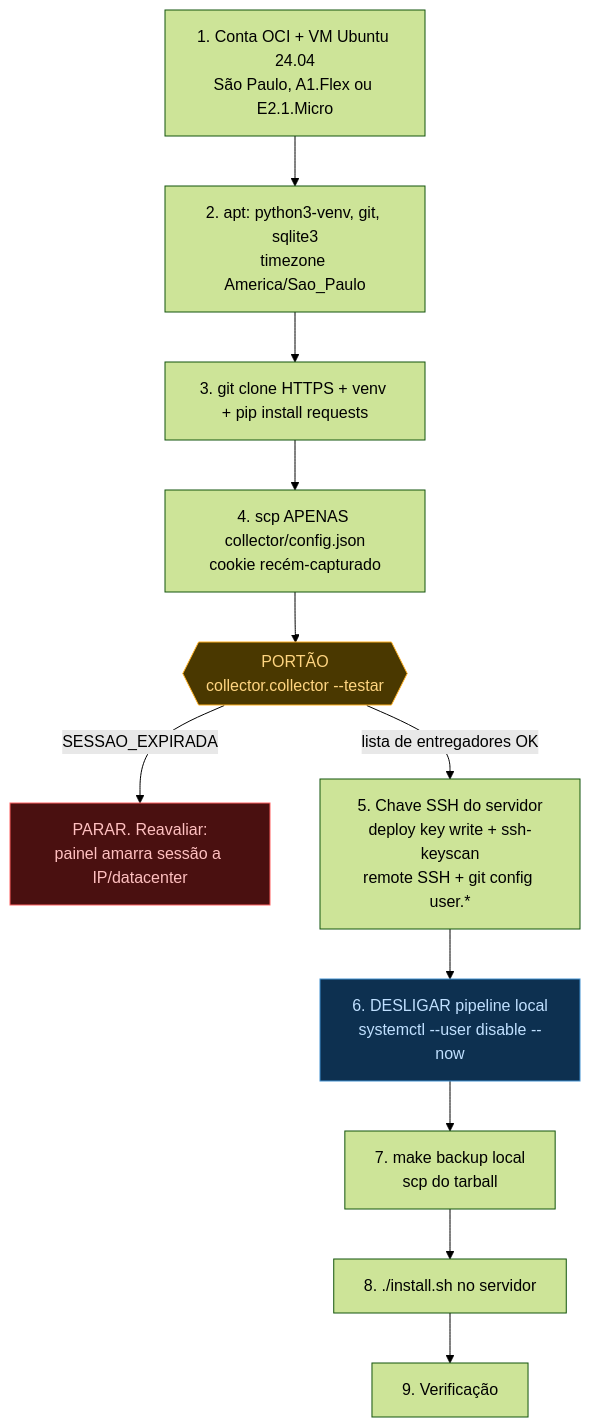
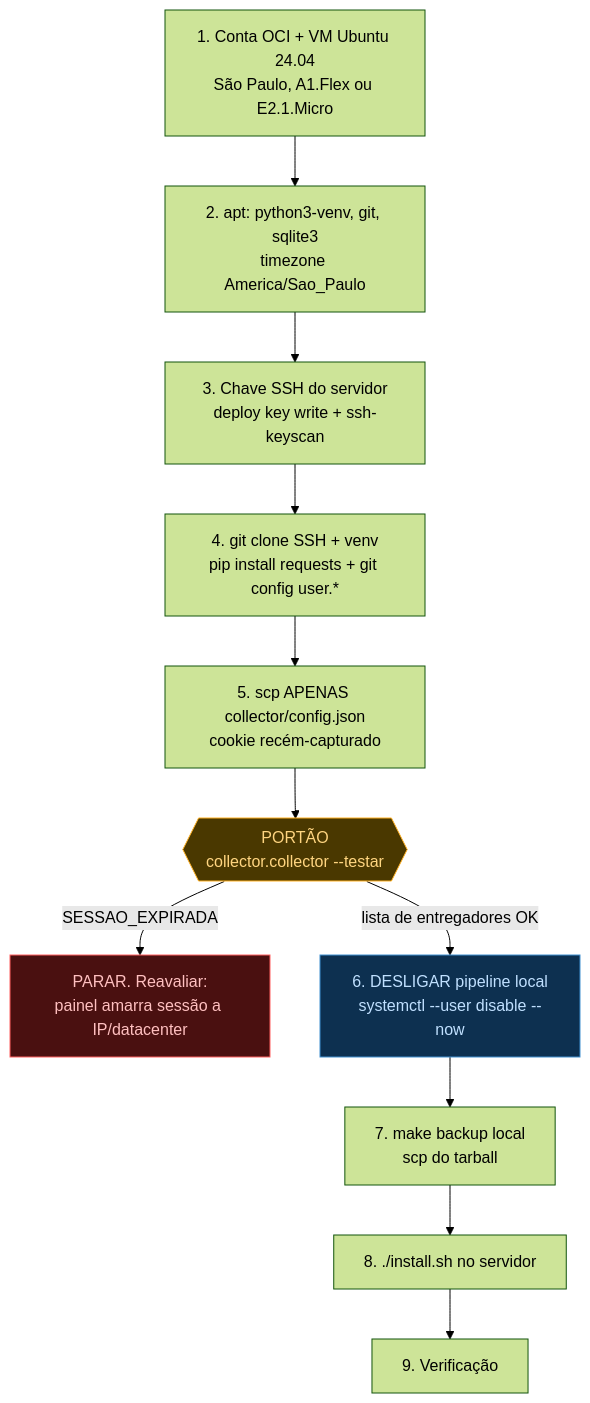
Before and after one commit to PedroGodoy-44/dadosmotoboy: the diagram in docs/MIGRACAO-OCI.md, drawn with Mermaid (forest theme). The commit also changed other lines of this file, not shown here.

````diff
--- a/docs/MIGRACAO-OCI.md
+++ b/docs/MIGRACAO-OCI.md
@@ -26,17 +26,17 @@
 ```mermaid
 flowchart TD
     A[1. Conta OCI + VM Ubuntu 24.04<br/>São Paulo, A1.Flex ou E2.1.Micro] --> B[2. apt: python3-venv, git, sqlite3<br/>timezone America/Sao_Paulo]
-    B --> C[3. git clone HTTPS + venv + pip install requests]
-    C --> D[4. scp APENAS collector/config.json<br/>cookie recém-capturado]
+    B --> E[3. Chave SSH do servidor<br/>deploy key write + ssh-keyscan]
+    E --> C[4. git clone SSH + venv<br/>pip install requests + git config user.*]
+    C --> D[5. scp APENAS collector/config.json<br/>cookie recém-capturado]
     D --> G{{"PORTÃO<br/>collector.collector --testar"}}
     G -->|SESSAO_EXPIRADA| X[PARAR. Reavaliar:<br/>painel amarra sessão a IP/datacenter]
-    G -->|lista de entregadores OK| E[5. Chave SSH do servidor<br/>deploy key write + ssh-keyscan<br/>remote SSH + git config user.*]
-    E --> F[6. DESLIGAR pipeline local<br/>systemctl --user disable --now]
+    G -->|lista de entregadores OK| F[6. DESLIGAR pipeline local<br/>systemctl --user disable --now]
     F --> H[7. make backup local<br/>scp do tarball]
     H --> I[8. ./install.sh no servidor]
     I --> J[9. Verificação]
 
     style G fill:#4a3800,stroke:#ffb020,color:#ffd580
     style X fill:#4a1010,stroke:#ff6060,color:#ffc0c0
     style F fill:#0d3050,stroke:#4090d0,color:#c0e0ff
 ```
````
